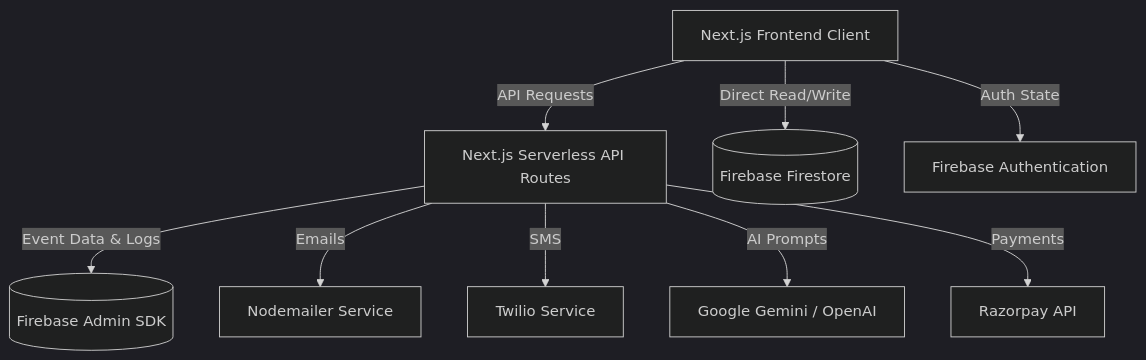
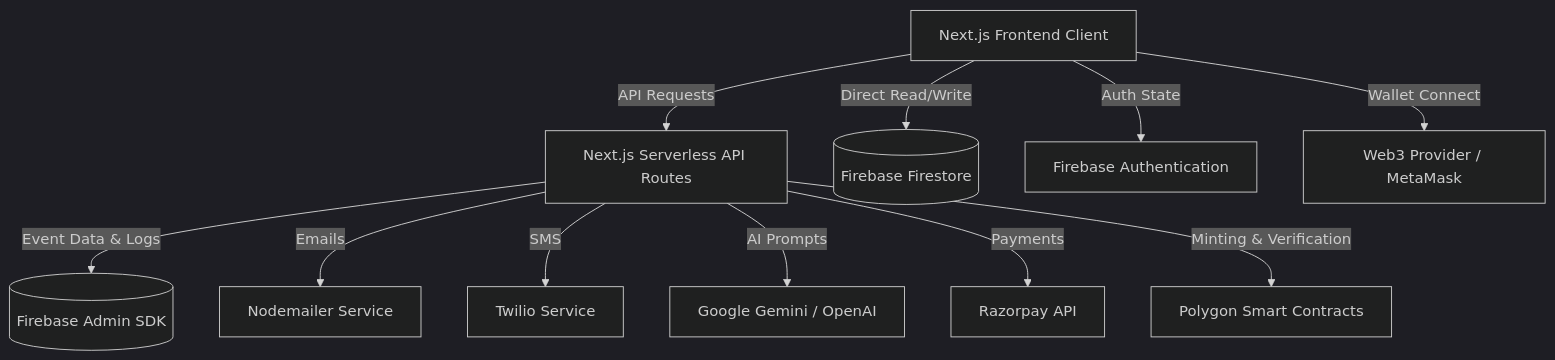
One commit to Cyberclutch146/NexusAid-Web3 changed the first of 2 diagrams in README.md. Above: the diagram before and after it, drawn with Mermaid (dark theme). The commit also changed other lines of this file and 3 other files, not shown here.

````diff
--- a/README.md
+++ b/README.md
@@ -73,12 +80,14 @@
 ```mermaid
 graph TD
     Client[Next.js Frontend Client] -->|API Requests| NextAPI[Next.js Serverless API Routes]
     Client -->|Direct Read/Write| Firestore[(Firebase Firestore)]
     Client -->|Auth State| FirebaseAuth[Firebase Authentication]
+    Client -->|Wallet Connect| Web3[Web3 Provider / MetaMask]
     
     NextAPI -->|Event Data & Logs| FirestoreAdmin[(Firebase Admin SDK)]
     NextAPI -->|Emails| Nodemailer[Nodemailer Service]
     NextAPI -->|SMS| Twilio[Twilio Service]
     NextAPI -->|AI Prompts| LLM[Google Gemini / OpenAI]
     NextAPI -->|Payments| Razorpay[Razorpay API]
+    NextAPI -->|Minting & Verification| SmartContracts[Polygon Smart Contracts]
 ```
````
